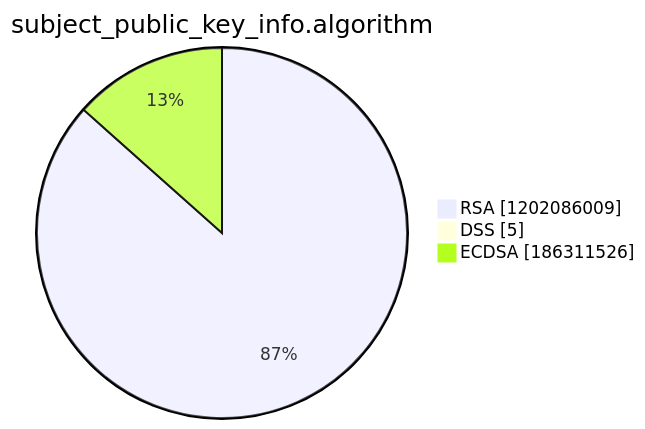
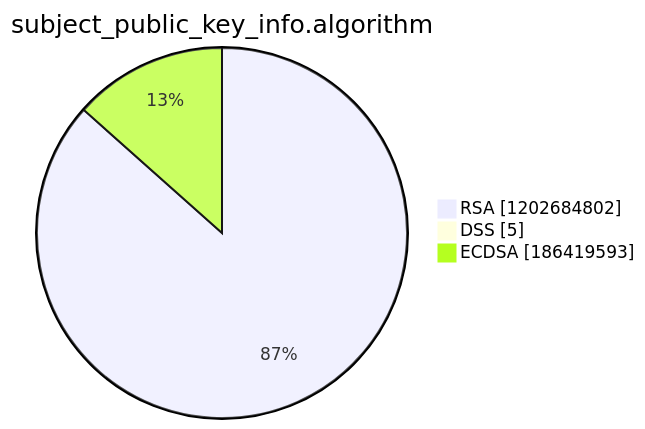
One commit to christiankrug/ctmonitor_visualization changed the third of 15 diagrams in argon2022/README.md. Above: the diagram before and after it, drawn with Mermaid. The commit also changed other lines of this file, not shown here.

````diff
--- a/argon2022/README.md
+++ b/argon2022/README.md
@@ -14,7 +14,7 @@
 ```mermaid
 pie showData
 title subject_public_key_info.algorithm
-"RSA" :1202086009
+"RSA" :1202684802
 "DSS" :5
-"ECDSA" :186311526
+"ECDSA" :186419593
 ```
````
